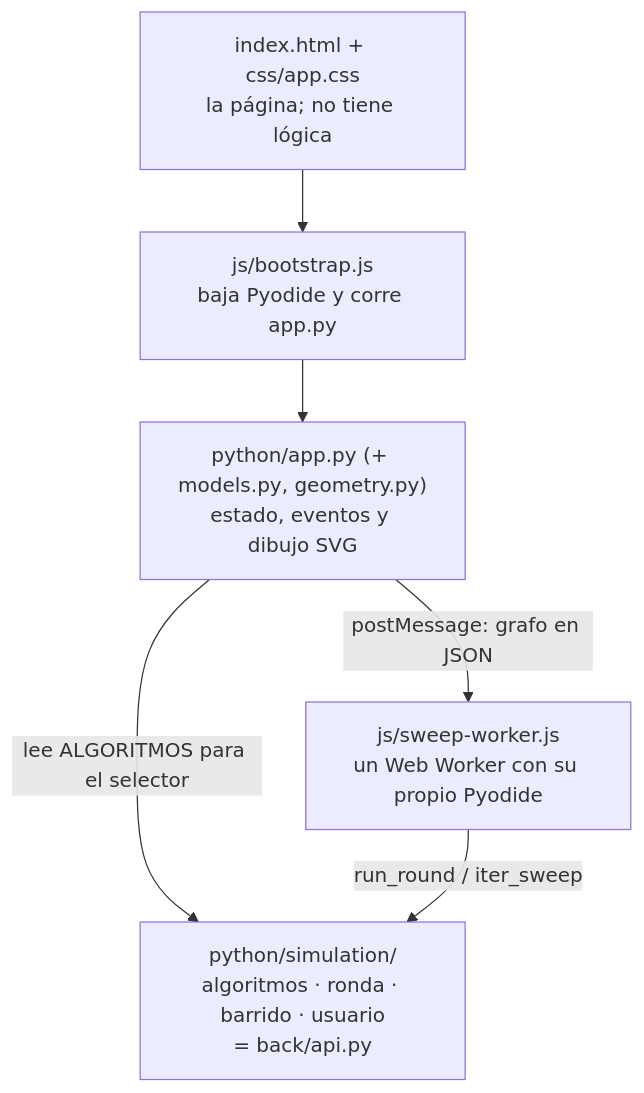
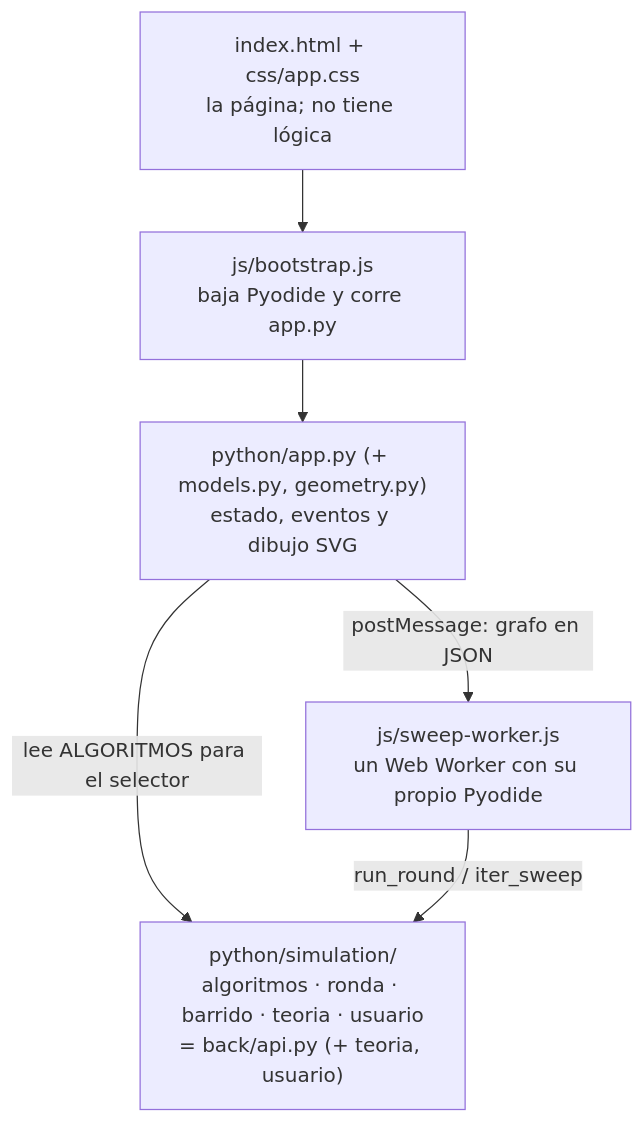
One commit to Rou-uu/consenso-simulador changed the diagram in docs/MAPA.md. Above: the diagram before and after it, drawn with Mermaid. The commit also changed 10 other files, not shown here.

````diff
--- a/docs/MAPA.md
+++ b/docs/MAPA.md
@@ -10,13 +10,13 @@
 ```mermaid
 flowchart TB
     HTML["index.html + css/app.css<br/>la página; no tiene lógica"]
     BOOT["js/bootstrap.js<br/>baja Pyodide y corre app.py"]
     APP["python/app.py (+ models.py, geometry.py)<br/>estado, eventos y dibujo SVG"]
     WK["js/sweep-worker.js<br/>un Web Worker con su propio Pyodide"]
-    MOTOR["python/simulation/<br/>algoritmos · ronda · barrido · usuario<br/>= back/api.py"]
+    MOTOR["python/simulation/<br/>algoritmos · ronda · barrido · teoria · usuario<br/>= back/api.py (+ teoria, usuario)"]
 
     HTML --> BOOT --> APP
     APP -- "lee ALGORITMOS para el selector" --> MOTOR
     APP -- "postMessage: grafo en JSON" --> WK
     WK -- "run_round / iter_sweep" --> MOTOR
 ```
````
